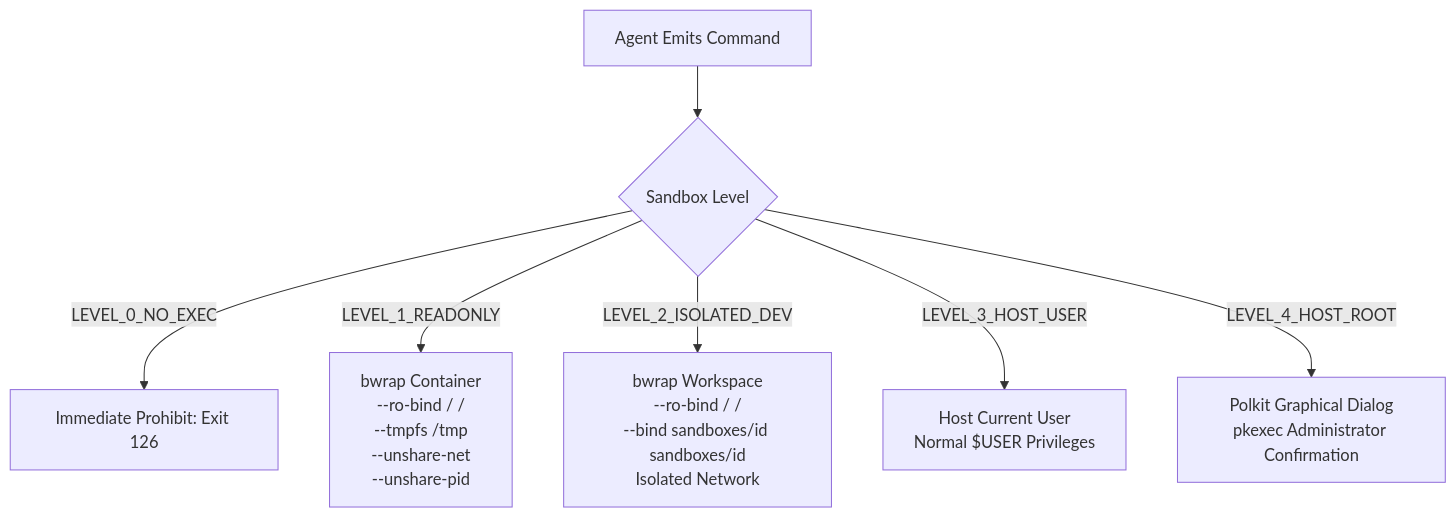
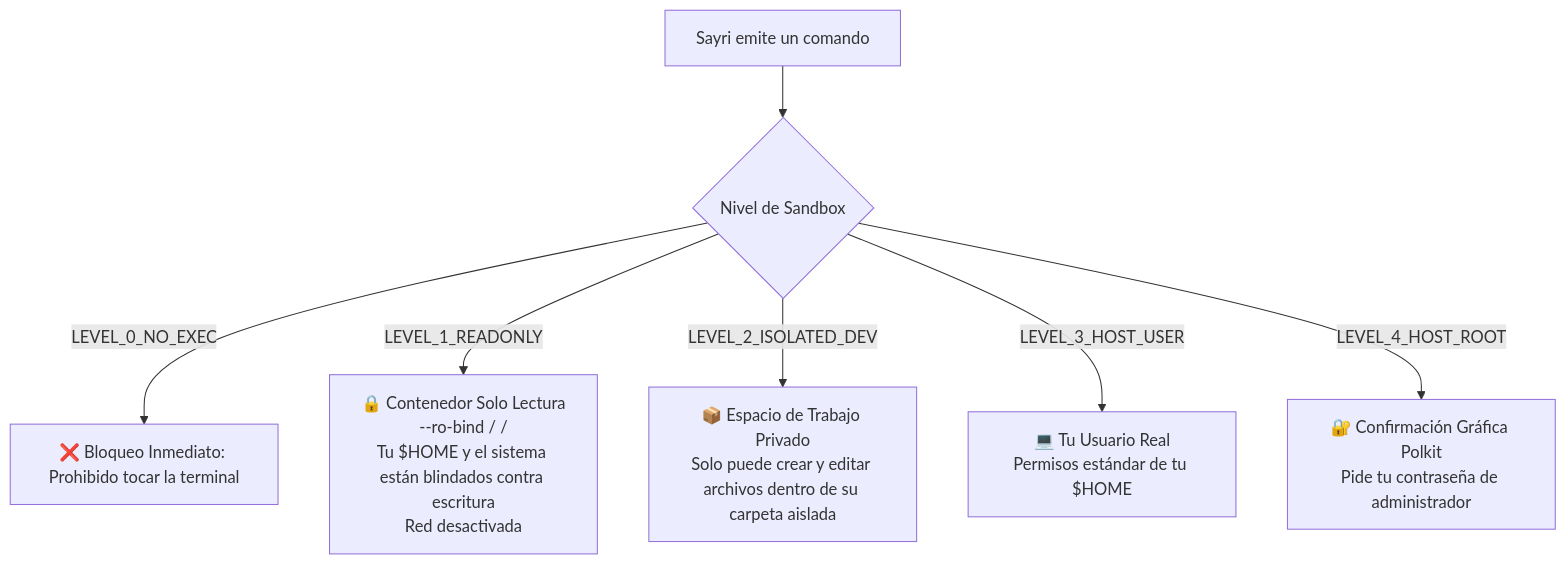
One commit to Inled-Pulsar-OS/os.inled.es changed the second of 2 diagrams in src/data/help/architecture/sayri.md. Above: the diagram before and after it, drawn with Mermaid. The commit also changed other lines of this file and 1 other file, not shown here.

````diff
--- a/src/data/help/architecture/sayri.md
+++ b/src/data/help/architecture/sayri.md
@@ -98,14 +52,14 @@
 ```mermaid
 flowchart TD
-    Command[Agent Emits Command] --> LevelCheck{Sandbox Level}
+    Prompt[Sayri emite un comando] --> Check{Nivel de Sandbox}
     
-    LevelCheck -->|LEVEL_0_NO_EXEC| Block[Immediate Prohibit: Exit 126]
+    Check -->|LEVEL_0_NO_EXEC| Block[❌ Bloqueo Inmediato: Prohibido tocar la terminal]
     
-    LevelCheck -->|LEVEL_1_READONLY| BwrapRO[bwrap Container<br/>--ro-bind / /<br/>--tmpfs /tmp<br/>--unshare-net<br/>--unshare-pid]
+    Check -->|LEVEL_1_READONLY| RO[🔒 Contenedor Solo Lectura<br/>--ro-bind / /<br/>Tu $HOME y el sistema están blindados contra escritura<br/>Red desactivada]
     
-    LevelCheck -->|LEVEL_2_ISOLATED_DEV| BwrapDev[bwrap Workspace<br/>--ro-bind / /<br/>--bind sandboxes/id sandboxes/id<br/>Isolated Network]
+    Check -->|LEVEL_2_ISOLATED_DEV| Dev[📦 Espacio de Trabajo Privado<br/>Solo puede crear y editar archivos dentro de su carpeta aislada]
     
-    LevelCheck -->|LEVEL_3_HOST_USER| HostUser[Host Current User<br/>Normal $USER Privileges]
+    Check -->|LEVEL_3_HOST_USER| Host[💻 Tu Usuario Real<br/>Permisos estándar de tu $HOME]
     
-    LevelCheck -->|LEVEL_4_HOST_ROOT| Polkit[Polkit Graphical Dialog<br/>pkexec Administrator Confirmation]
+    Check -->|LEVEL_4_HOST_ROOT| Root[🔐 Confirmación Gráfica Polkit<br/>Pide tu contraseña de administrador]
 ```
````
